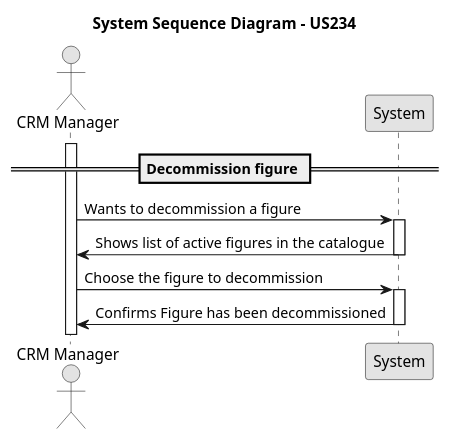
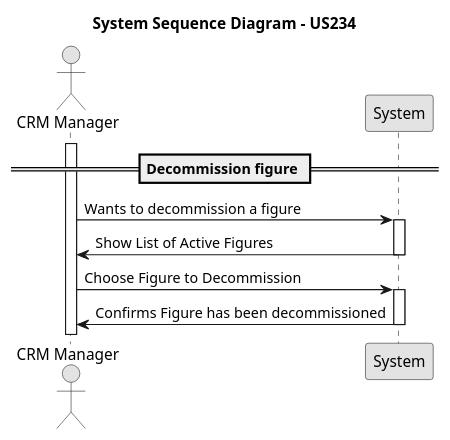
Before and after one commit to rubenFreitas1/ISEP-LAPR4-2024-2025: the diagram in docs/Sprint2/us_234/diagrams/system-sequence-diagram-US234.puml, drawn with PlantUML. The commit also changed 9 other files, not shown here.

```diff
--- a/docs/Sprint2/us_234/diagrams/system-sequence-diagram-US234.puml
+++ b/docs/Sprint2/us_234/diagrams/system-sequence-diagram-US234.puml
@@ -1,28 +1,28 @@
 @startuml
 skinparam monochrome true
 skinparam packageStyle rectangle
 skinparam shadowing false
 
 actor "CRM Manager" as crmManager
 participant "System" as system
 
 title System Sequence Diagram - US234
 
 == Decommission figure ==
 activate crmManager
 
 crmManager -> system : Wants to decommission a figure
 activate system
 
-system -> crmManager : Shows list of active figures in the catalogue
+system -> crmManager : Show List of Active Figures
 deactivate system
-crmManager -> system : Choose the figure to decommission
+crmManager -> system : Choose Figure to Decommission
 
 activate system
 
 system -> crmManager : Confirms Figure has been decommissioned
 deactivate system
 
 
 
 @enduml
```
